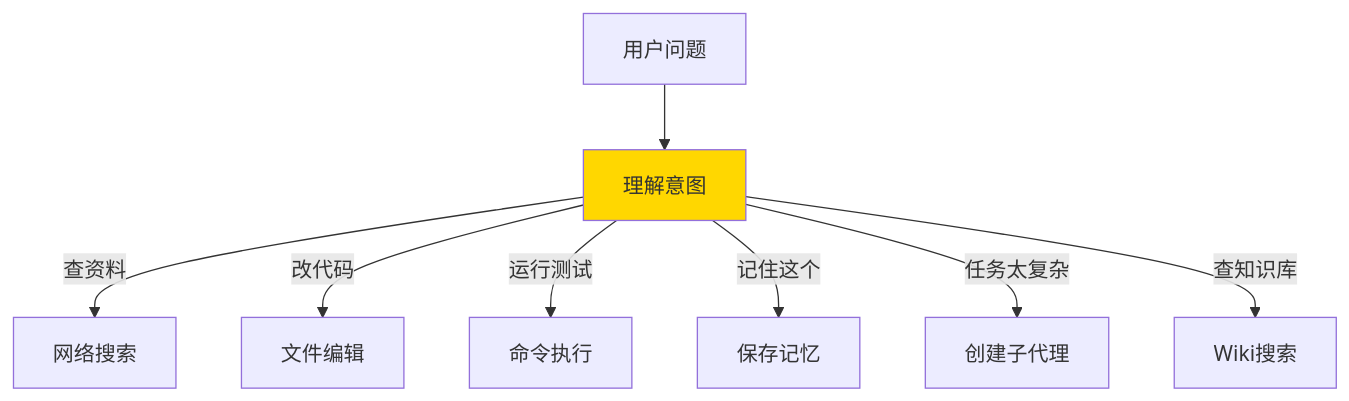
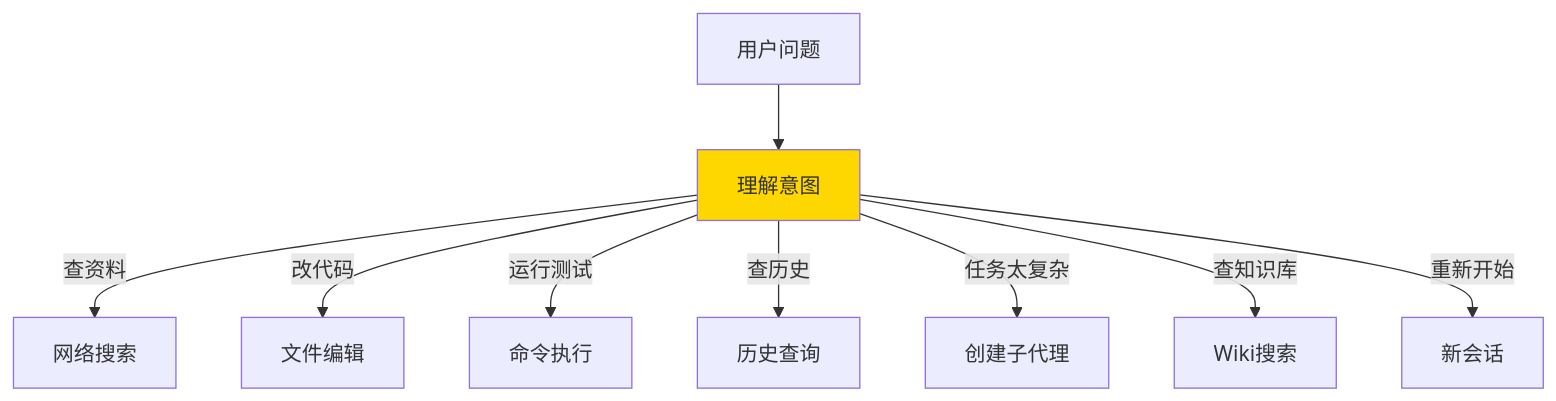
One commit to yeheng/nanobot-rs changed diagram 13 of 18 in docs/tools.md. Above: the diagram before and after it, drawn with Mermaid. The commit also changed other lines of this file and 10 other files, not shown here.

Commit message:
feat(docs): 全面更新文档以反映 v2.1 配置、工具及子代理架构变更 - 更新配置文档：新增环境变量引用、api_base 字段、Anthropic/Gemini 提供商、模型 Profile 配置及新选项 - 重构工具文档：替换 Memory 工具为 History Query 工具、新增会话管理及消息工具、新增工具审批系统说明 - 更新子代理文档：新增模型选择参数、并行执行限制、WebSocket 流式事件类型及超时配置 - 更新会话文档：新增工具审批流程 Mermaid 图及说明 - 精简部署与 FAQ 文档：日志配置改为环境变量方式、移除过时配置项

````diff
--- a/docs/tools.md
+++ b/docs/tools.md
@@ -400,13 +411,14 @@
 ```mermaid
 flowchart TB
     Q[用户问题] --> Understand[理解意图]
     
     Understand -->|查资料| Search[网络搜索]
     Understand -->|改代码| File[文件编辑]
     Understand -->|运行测试| Shell[命令执行]
-    Understand -->|记住这个| Memory[保存记忆]
+    Understand -->|查历史| History[历史查询]
     Understand -->|任务太复杂| Subagent[创建子代理]
     Understand -->|查知识库| Wiki[Wiki搜索]
+    Understand -->|重新开始| Session[新会话]
     
     style Understand fill:#FFD700
 ```
````
